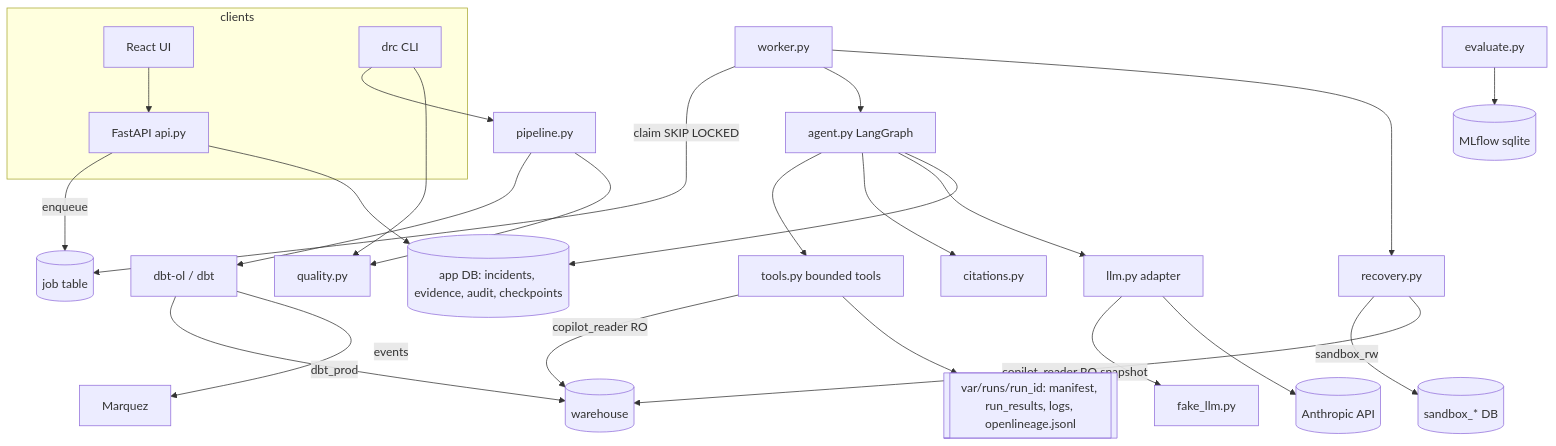
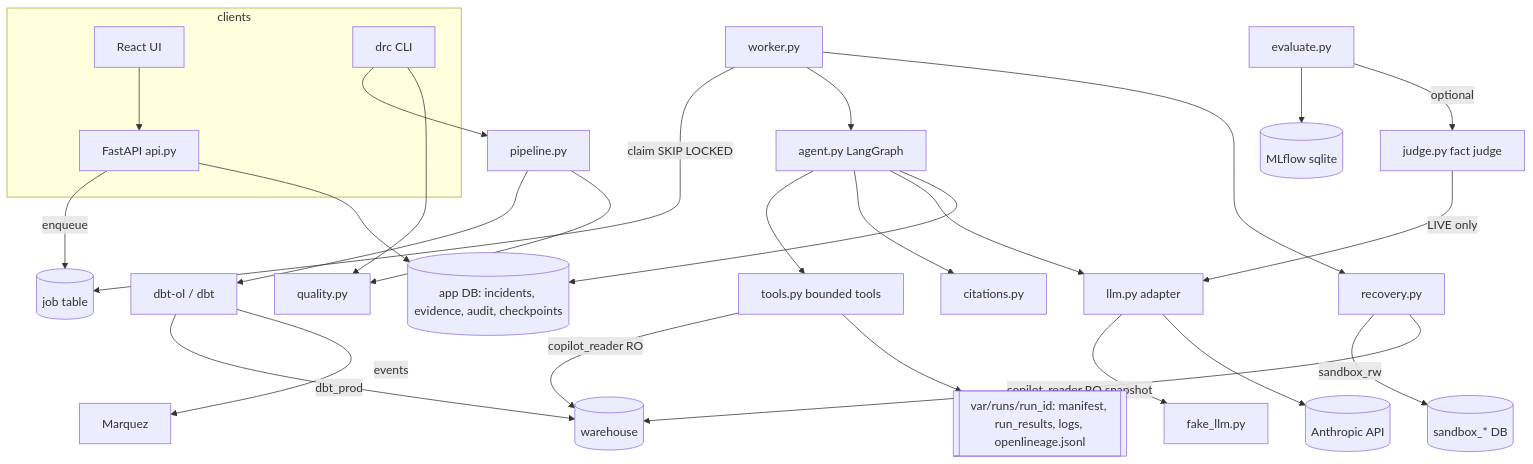
Before and after one commit to Joaolucas2210/data_reliability_copilot: the second of 5 diagrams in docs/architecture/overview.md, drawn with Mermaid. The commit also changed other lines of this file and 6 other files, not shown here.

````diff
--- a/docs/architecture/overview.md
+++ b/docs/architecture/overview.md
@@ -43,27 +43,29 @@
 ```mermaid
 flowchart TB
   subgraph clients
     ui[React UI] --> api
     cli[drc CLI]
   end
   api[FastAPI api.py] -->|enqueue| jobs[(job table)]
   worker[worker.py] -->|claim SKIP LOCKED| jobs
   worker --> agent[agent.py LangGraph]
   worker --> recovery[recovery.py]
   cli --> pipeline[pipeline.py] --> dbt[dbt-ol / dbt]
   cli --> quality[quality.py]
   pipeline --> quality
   agent --> tools[tools.py bounded tools]
   agent --> citations[citations.py]
   agent --> llm[llm.py adapter] --> fake[fake_llm.py]
   llm --> anthropic[(Anthropic API)]
   tools -->|copilot_reader RO| wh[(warehouse)]
   tools --> artifacts[[var/runs/run_id: manifest, run_results, logs, openlineage.jsonl]]
   recovery -->|sandbox_rw| sbx[(sandbox_* DB)]
   recovery -->|copilot_reader RO snapshot| wh
   agent --> app[(app DB: incidents, evidence, audit, checkpoints)]
   api --> app
   evaluate[evaluate.py] --> mlflow[(MLflow sqlite)]
+  evaluate -->|optional| judge[judge.py fact judge]
+  judge -->|LIVE only| llm
   dbt -->|dbt_prod| wh
   dbt -->|events| marquez[Marquez]
 ```
````
